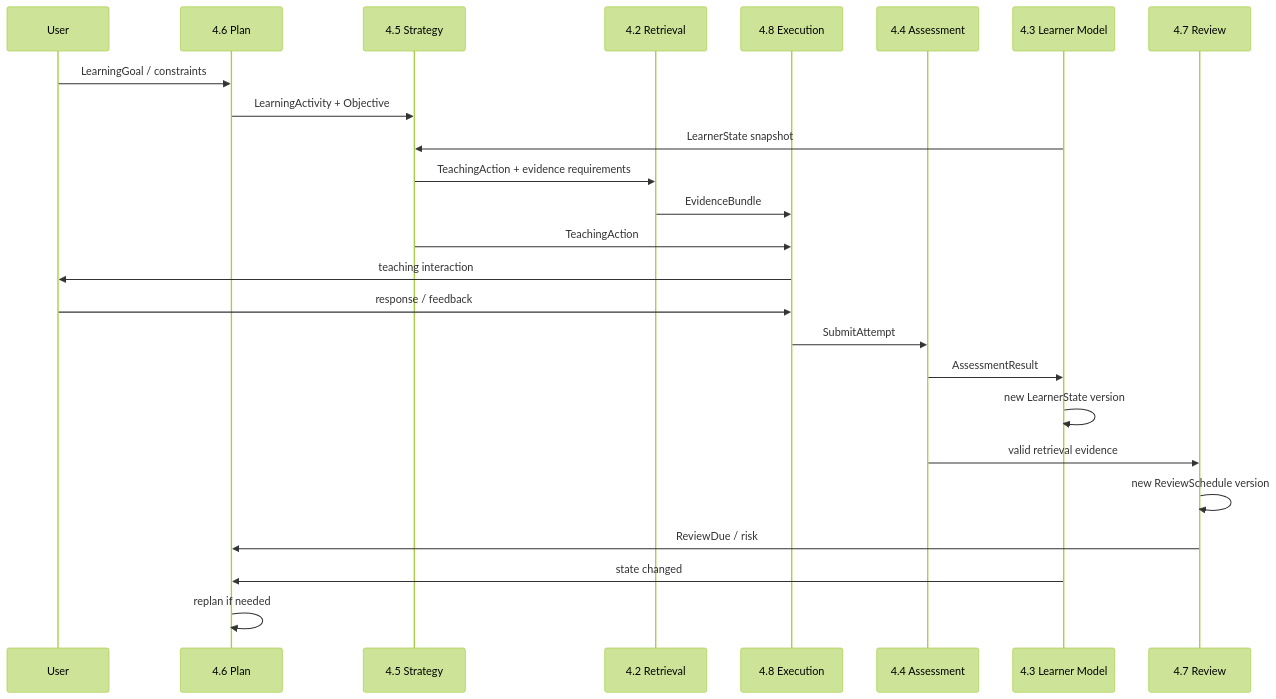
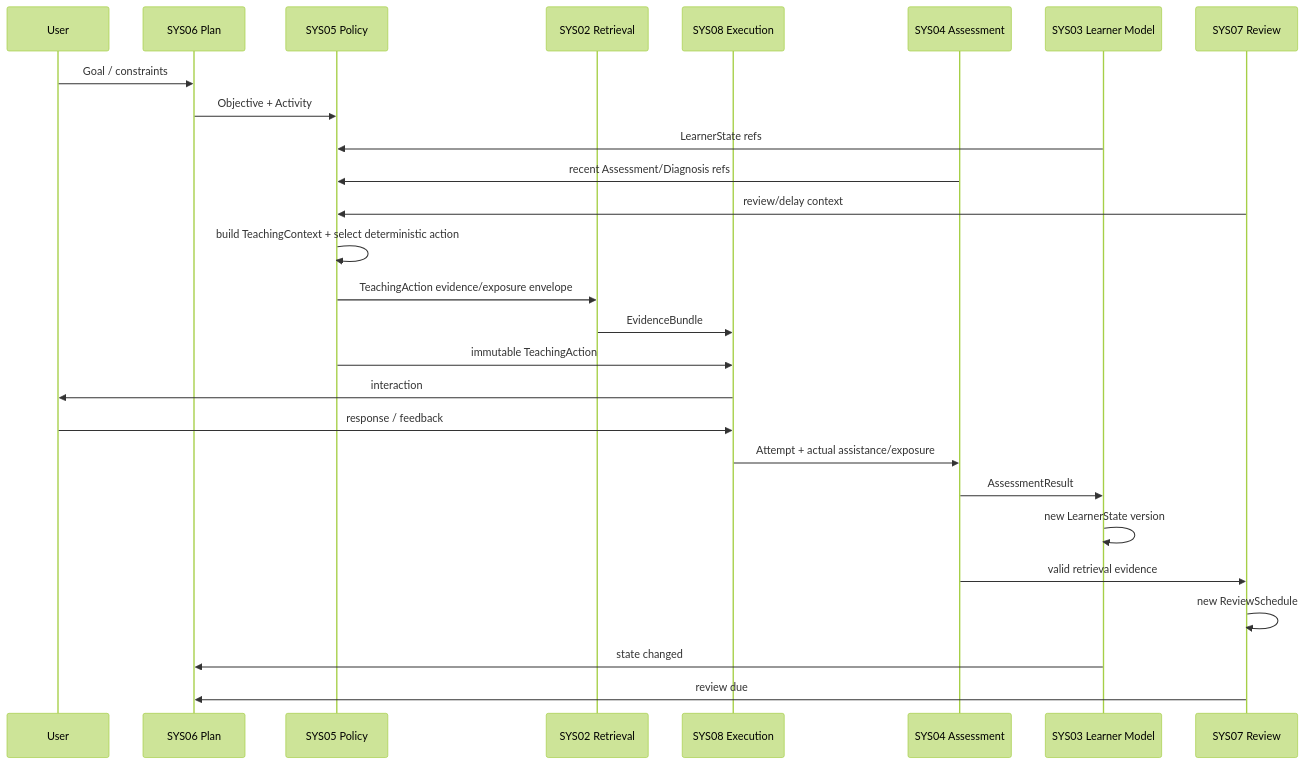
The second of 2 diagrams in docs/design/AI学习系统算法与教学内核设计.md (Xike-yuhuofei/Askora), drawn with Mermaid (forest theme) before and after one commit. The commit also changed other lines of this file, not shown here.

Commit message:
docs: freeze v0.3 adaptive teaching canonical design

````diff
--- a/docs/design/AI学习系统算法与教学内核设计.md
+++ b/docs/design/AI学习系统算法与教学内核设计.md
@@ -1489,28 +1544,30 @@
 ```mermaid
 sequenceDiagram
     participant U as User
-    participant P as 4.6 Plan
-    participant S as 4.5 Strategy
-    participant R as 4.2 Retrieval
-    participant X as 4.8 Execution
-    participant A as 4.4 Assessment
-    participant L as 4.3 Learner Model
-    participant V as 4.7 Review
+    participant P as SYS06 Plan
+    participant S as SYS05 Policy
+    participant R as SYS02 Retrieval
+    participant X as SYS08 Execution
+    participant A as SYS04 Assessment
+    participant L as SYS03 Learner Model
+    participant V as SYS07 Review
 
-    U->>P: LearningGoal / constraints
-    P->>S: LearningActivity + Objective
-    L->>S: LearnerState snapshot
-    S->>R: TeachingAction + evidence requirements
+    U->>P: Goal / constraints
+    P->>S: Objective + Activity
+    L->>S: LearnerState refs
+    A->>S: recent Assessment/Diagnosis refs
+    V->>S: review/delay context
+    S->>S: build TeachingContext + select deterministic action
+    S->>R: TeachingAction evidence/exposure envelope
     R->>X: EvidenceBundle
-    S->>X: TeachingAction
-    X->>U: teaching interaction
+    S->>X: immutable TeachingAction
+    X->>U: interaction
     U->>X: response / feedback
-    X->>A: SubmitAttempt
+    X->>A: Attempt + actual assistance/exposure
     A->>L: AssessmentResult
     L->>L: new LearnerState version
     A->>V: valid retrieval evidence
-    V->>V: new ReviewSchedule version
-    V->>P: ReviewDue / risk
+    V->>V: new ReviewSchedule
     L->>P: state changed
-    P->>P: replan if needed
+    V->>P: review due
 ```
````
